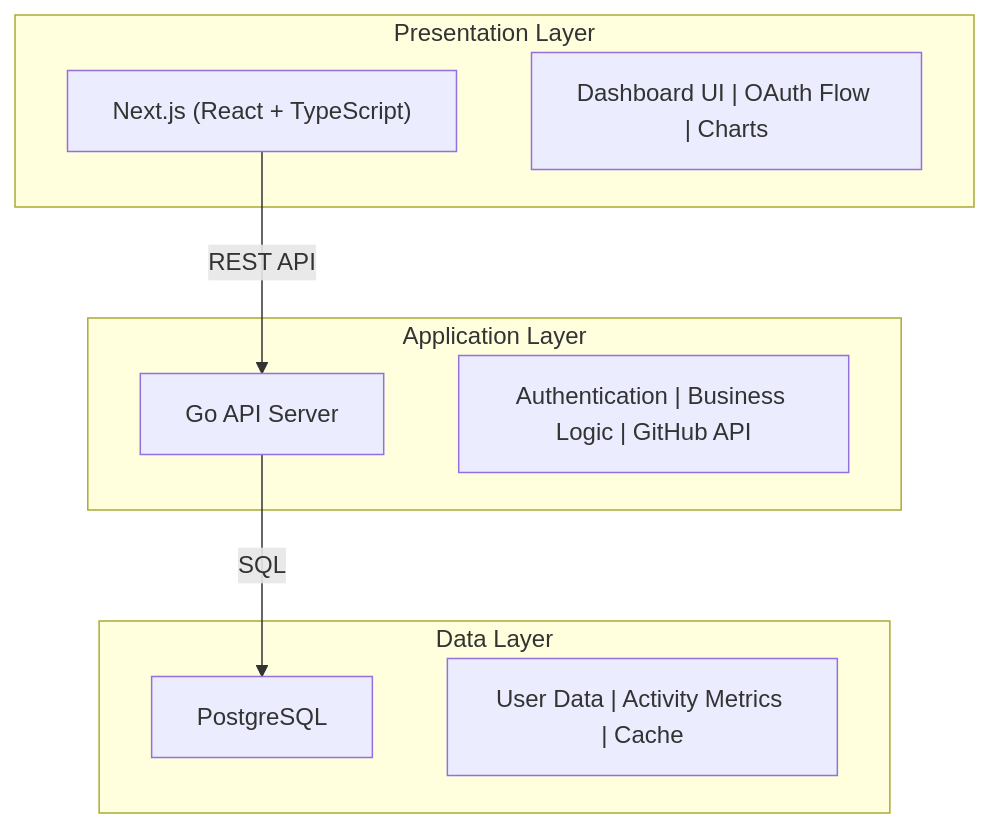
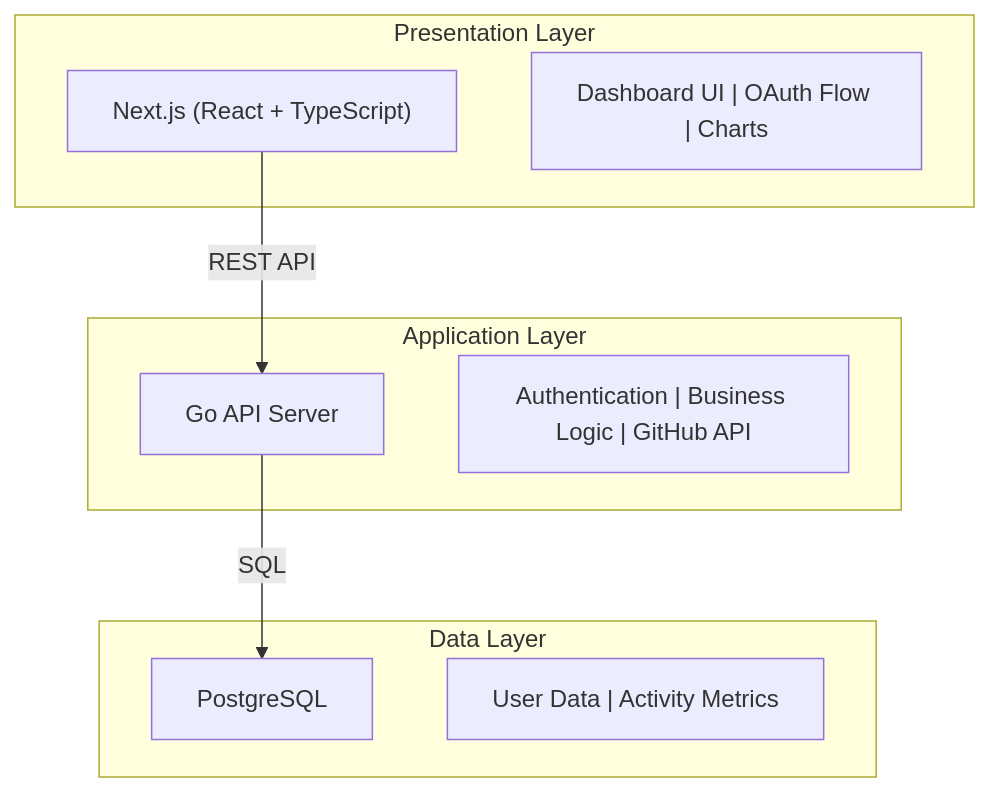
Before and after one commit to Takas-sea/DevMetrics-Hub: the first of 2 diagrams in README.md, drawn with Mermaid. The commit also changed other lines of this file, not shown here.

````diff
--- a/README.md
+++ b/README.md
@@ -29,20 +90,20 @@
 ```mermaid
 graph TD
     subgraph Presentation["Presentation Layer"]
         NextJS["Next.js (React + TypeScript)"]
         UI["Dashboard UI | OAuth Flow | Charts"]
     end
     
     subgraph Application["Application Layer"]
         GoAPI["Go API Server"]
         Auth["Authentication | Business Logic | GitHub API"]
     end
     
     subgraph Data["Data Layer"]
         DB["PostgreSQL"]
-        Store["User Data | Activity Metrics | Cache"]
+        Store["User Data | Activity Metrics"]
     end
     
     NextJS -->|REST API| GoAPI
     GoAPI -->|SQL| DB
 ```
````
